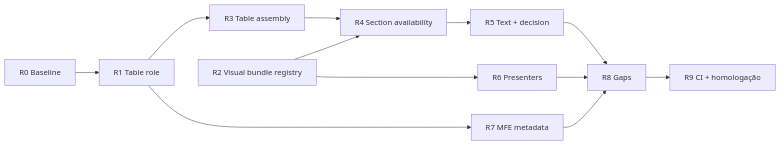
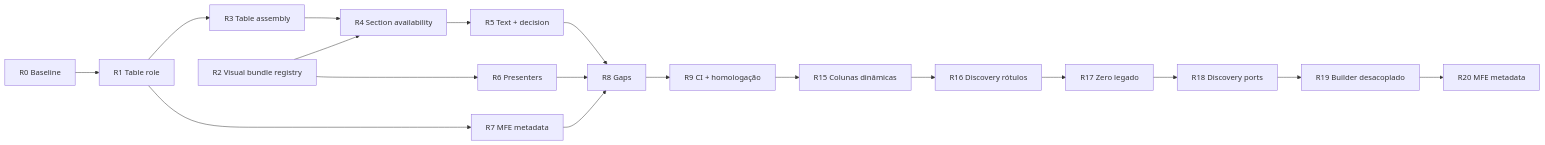
One commit to roberiooliveiradev/delpi-central changed the diagram in minha-delpi-ai-api/docs/roadmap/playbook-12-apresentacao-declarativa-refatoracao.md. Above: the diagram before and after it, drawn with Mermaid. The commit also changed other lines of this file and 13 other files, not shown here.

````diff
--- a/minha-delpi-ai-api/docs/roadmap/playbook-12-apresentacao-declarativa-refatoracao.md
+++ b/minha-delpi-ai-api/docs/roadmap/playbook-12-apresentacao-declarativa-refatoracao.md
@@ -505,14 +767,20 @@
 ```mermaid
 flowchart LR
     R0[R0 Baseline] --> R1[R1 Table role]
     R1 --> R3[R3 Table assembly]
     R1 --> R7[R7 MFE metadata]
     R2[R2 Visual bundle registry] --> R6[R6 Presenters]
     R3 --> R4[R4 Section availability]
     R2 --> R4
     R4 --> R5[R5 Text + decision]
     R5 --> R8[R8 Gaps]
     R6 --> R8
     R7 --> R8
     R8 --> R9[R9 CI + homologação]
+    R9 --> R15[R15 Colunas dinâmicas]
+    R15 --> R16[R16 Discovery rótulos]
+    R16 --> R17[R17 Zero legado]
+    R17 --> R18[R18 Discovery ports]
+    R18 --> R19[R19 Builder desacoplado]
+    R19 --> R20[R20 MFE metadata]
 ```
````
